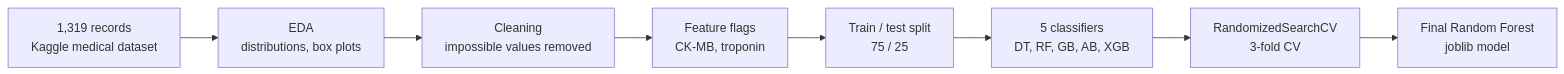
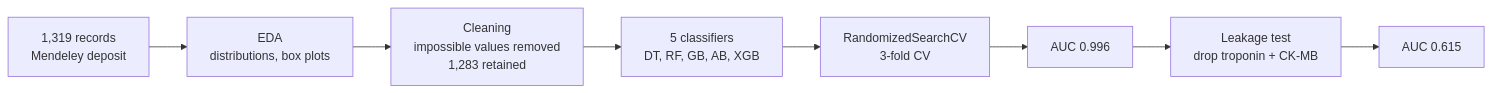
The diagram in README.md (chuabrandon26/HeartAttackPrediction-ML), drawn with Mermaid before and after one commit. The commit also changed other lines of this file and 6 other files, not shown here.

````diff
--- a/README.md
+++ b/README.md
@@ -85,6 +115,6 @@
 ```mermaid
 flowchart LR
-  A["1,319 records<br/>Kaggle medical dataset"] --> B["EDA<br/>distributions, box plots"] --> C["Cleaning<br/>impossible values removed"]
-  C --> D["Feature flags<br/>CK-MB, troponin"] --> E["Train / test split<br/>75 / 25"]
-  E --> F["5 classifiers<br/>DT, RF, GB, AB, XGB"] --> G["RandomizedSearchCV<br/>3-fold CV"] --> H["Final Random Forest<br/>joblib model"]
+  A["1,319 records<br/>Mendeley deposit"] --> B["EDA<br/>distributions, box plots"] --> C["Cleaning<br/>impossible values removed<br/>1,283 retained"]
+  C --> D["5 classifiers<br/>DT, RF, GB, AB, XGB"] --> E["RandomizedSearchCV<br/>3-fold CV"] --> F["AUC 0.996"]
+  F --> G["Leakage test<br/>drop troponin + CK-MB"] --> H["AUC 0.615"]
 ```
````
